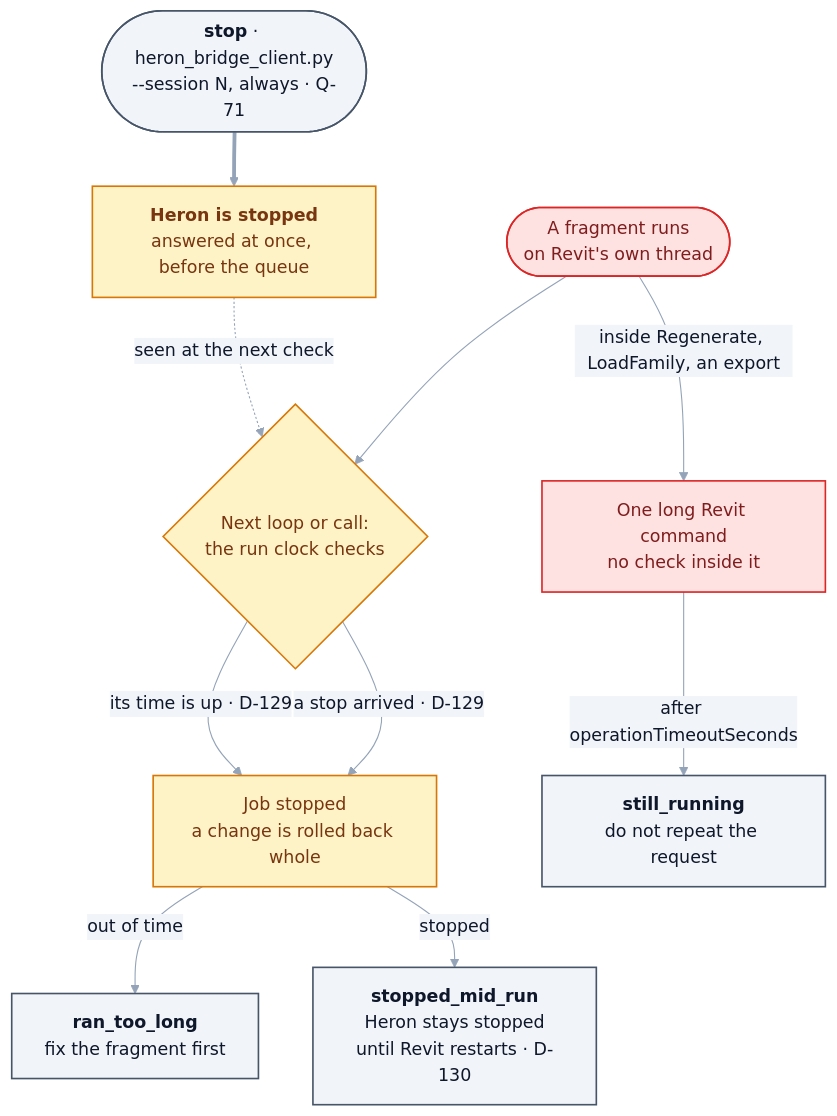
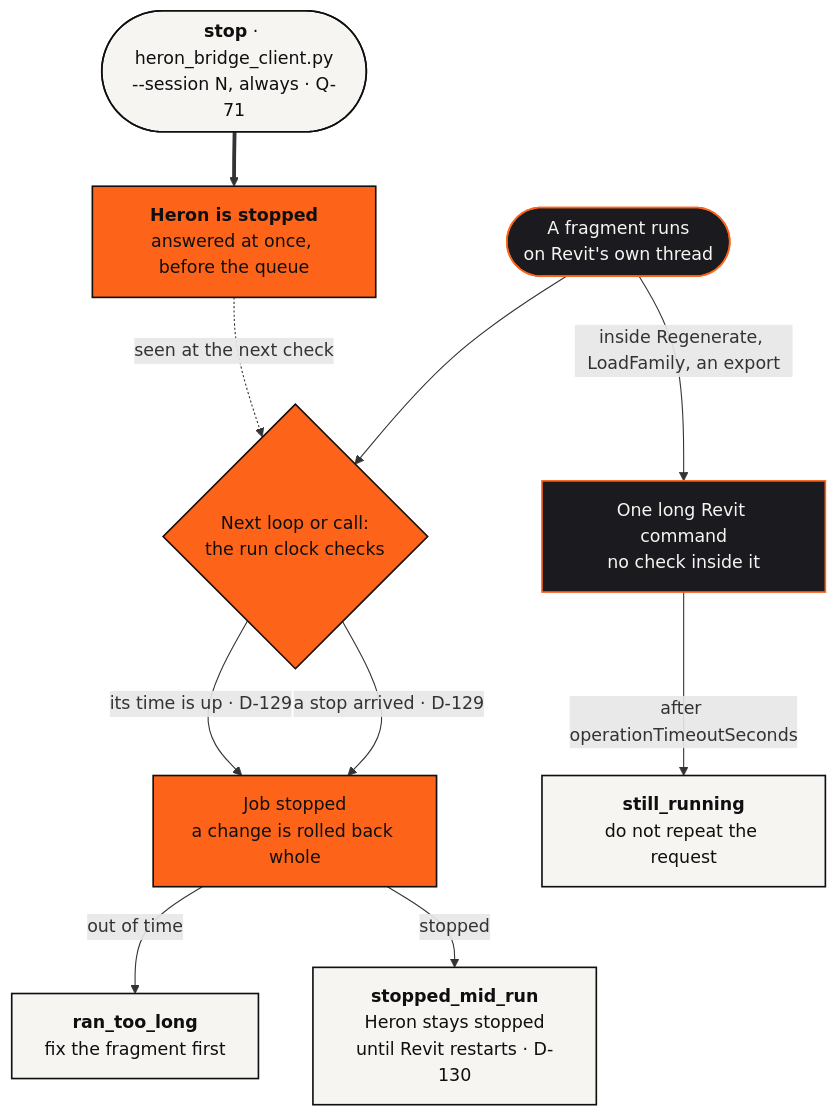
The diagram in docs/21-resilience-and-operations.md (Ajmalpshaik/Heron-AI), drawn with Mermaid before and after one commit. The commit also changed 44 other files, not shown here.

First line of the commit message:
Diagrams in the other docs move to the brand palette (D-149, #1116)

````diff
--- a/docs/21-resilience-and-operations.md
+++ b/docs/21-resilience-and-operations.md
@@ -173,30 +173,29 @@
 ```mermaid
-%%{init: {"themeVariables": {"edgeLabelBackground":"#F1F5F9","lineColor":"#94A3B8","textColor":"#0F172A","tertiaryTextColor":"#0F172A"}}}%%
 flowchart TD
     CMD(["<b>stop</b> · heron_bridge_client.py<br/>--session N, always · Q-71"])
     FLAG["<b>Heron is stopped</b><br/>answered at once, before the queue"]
     F(["A fragment runs<br/>on Revit's own thread"])
     CK{"Next loop or call:<br/>the run clock checks"}
     RB["Job stopped<br/>a change is rolled back whole"]
     T1["<b>ran_too_long</b><br/>fix the fragment first"]
     T2["<b>stopped_mid_run</b><br/>Heron stays stopped<br/>until Revit restarts · D-130"]
     LONG["One long Revit command<br/>no check inside it"]
     SR["<b>still_running</b><br/>do not repeat the request"]
 
     CMD ==> FLAG
     FLAG -.->|seen at the next check| CK
     F --> CK
     CK -->|"its time is up · D-129"| RB
     CK -->|"a stop arrived · D-129"| RB
     RB -->|out of time| T1
     RB -->|stopped| T2
     F -->|"inside Regenerate, LoadFamily, an export"| LONG
     LONG -->|"after operationTimeoutSeconds"| SR
 
-    classDef user fill:#F1F5F9,stroke:#475569,stroke-width:1.5px,color:#0F172A
-    classDef addin fill:#FEF3C7,stroke:#D97706,stroke-width:1.5px,color:#78350F
-    classDef revit fill:#FEE2E2,stroke:#DC2626,stroke-width:1.5px,color:#7F1D1D
+    classDef user fill:#F7F5F2,stroke:#0F0F10,stroke-width:1.5px,color:#0F0F10
+    classDef addin fill:#FD641A,stroke:#0F0F10,stroke-width:1.5px,color:#0F0F10
+    classDef revit fill:#1B1B1F,stroke:#FD641A,stroke-width:1.5px,color:#F7F5F2
     class CMD,T1,T2,SR user
     class FLAG,CK,RB addin
     class F,LONG revit
 ```
````
